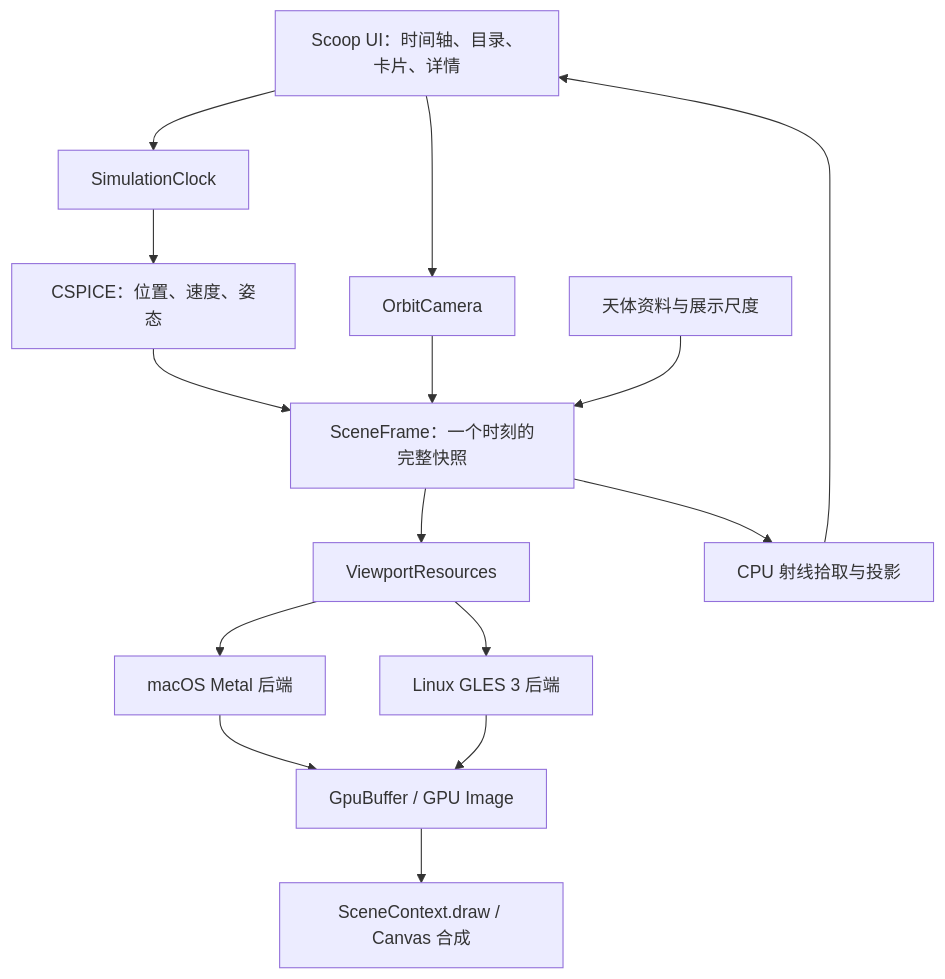
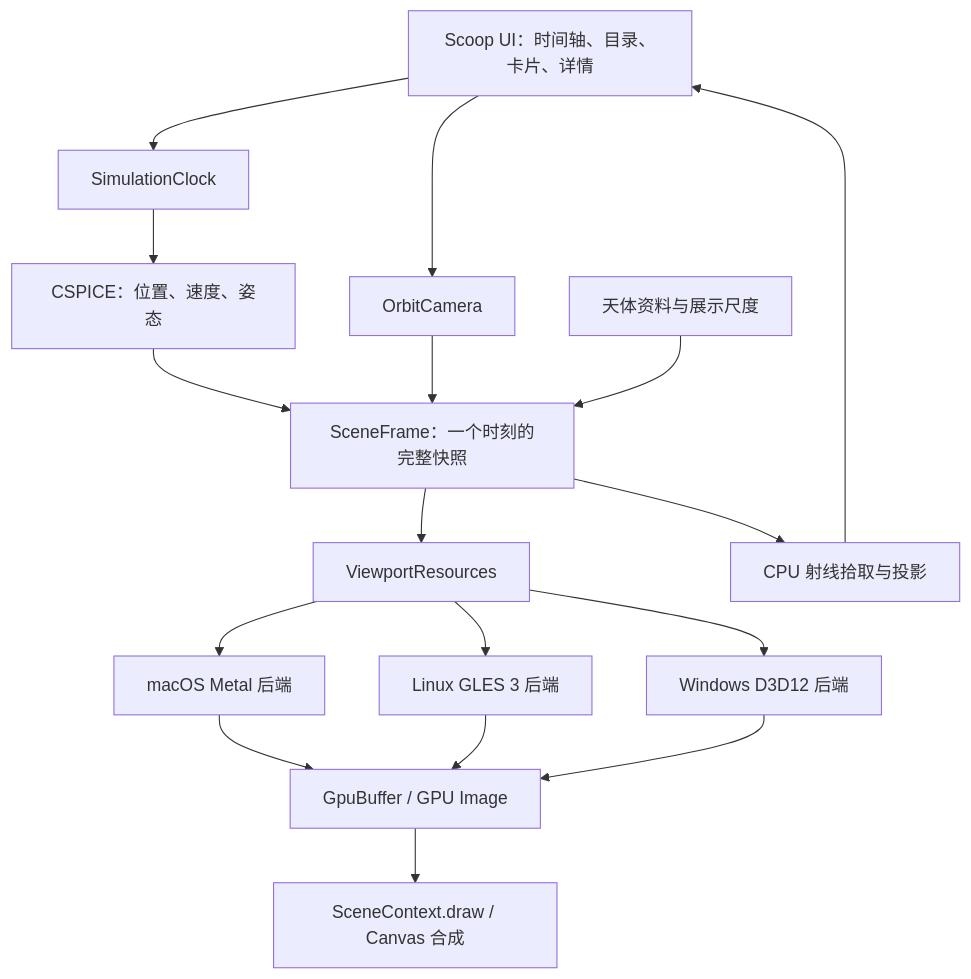
The diagram in docs/DESIGN.md (scoop-lang/scoop-solar-system), drawn with Mermaid before and after one commit. The commit also changed other lines of this file and 26 other files, not shown here.

````diff
--- a/docs/DESIGN.md
+++ b/docs/DESIGN.md
@@ -195,17 +196,19 @@
 ```mermaid
 flowchart TD
     UI[Scoop UI：时间轴、目录、卡片、详情] --> Clock[SimulationClock]
     UI --> Camera[OrbitCamera]
     Clock --> Astronomy[CSPICE：位置、速度、姿态]
     Astronomy --> Frame[SceneFrame：一个时刻的完整快照]
     Camera --> Frame
     Catalog[天体资料与展示尺度] --> Frame
     Frame --> Renderer[ViewportResources]
     Renderer --> Metal[macOS Metal 后端]
     Renderer --> GLES[Linux GLES 3 后端]
+    Renderer --> D3D12[Windows D3D12 后端]
     Metal --> Buffer[GpuBuffer / GPU Image]
     GLES --> Buffer
+    D3D12 --> Buffer
     Buffer --> Canvas[SceneContext.draw / Canvas 合成]
     Frame --> Picking[CPU 射线拾取与投影]
     Picking --> UI
 ```
````
